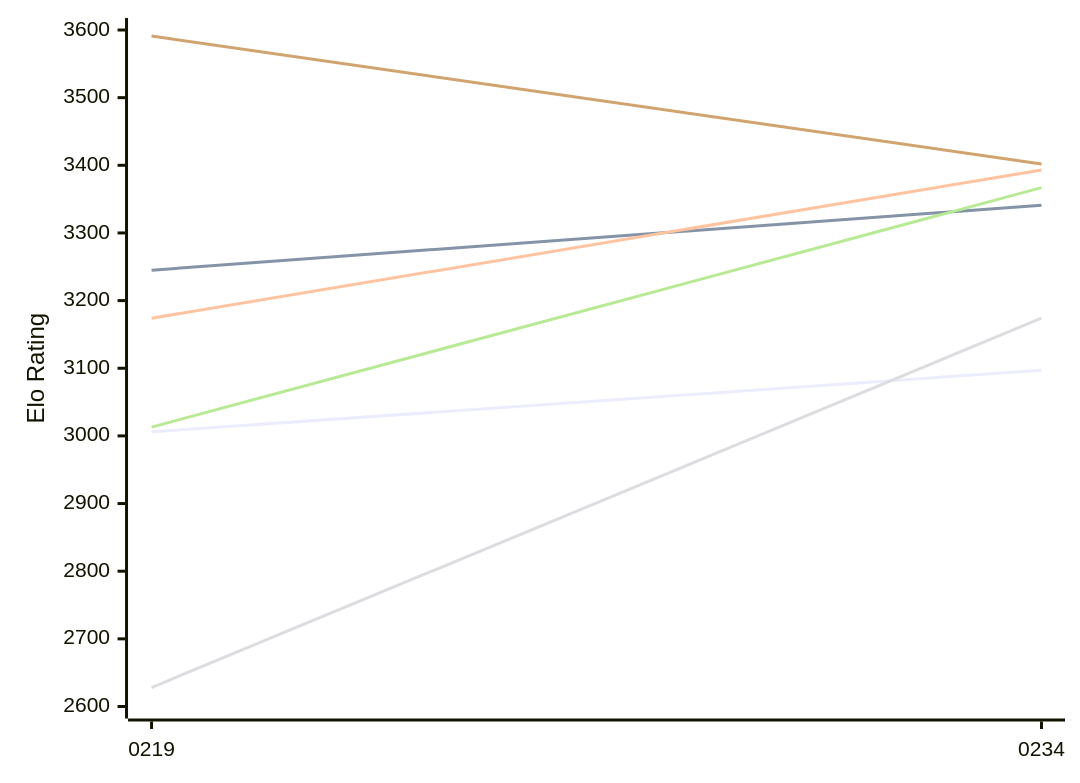
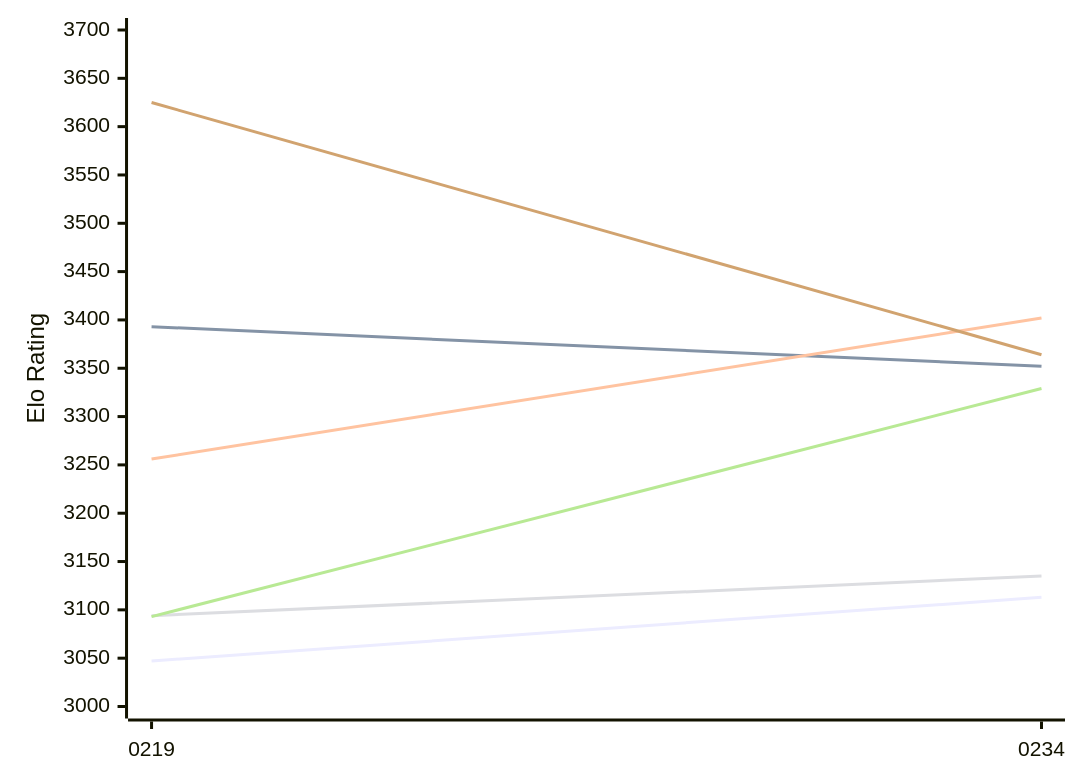
Before and after one commit to computer-chess-index/cci: the first of 2 diagrams in engines/Ynode.md, drawn with Mermaid. The commit also changed other lines of this file, not shown here.

Commit message:
Update CCI Ratings (ELO VLTC) - 2026-11-14

````diff
--- a/engines/Ynode.md
+++ b/engines/Ynode.md
@@ -50,12 +50,12 @@
 ```mermaid
 %%{init: {"theme":"base","themeVariables":{"seriesColors:['#a3a3a3','#222221','#faa371']}}}%%
 xychart-beta
   x-axis ["0219", "0234"]
-  y-axis "Elo Rating" 2600 --> 3600
-  line "E1: STC (8.0+0.08s)" [3006, 3097]
-  line "E1: LTC (60.0+0.60s)" [3245, 3341]
-  line "E1: VLTC (2m24s+1.12s)" [3174, 3393]
-  line "P1: STC (8.0+0.08s)" [2628, 3174]
-  line "P1: LTC (60.0+0.60s)" [3013, 3367]
-  line "P1: VLTC (2m24s+1.12s)" [3591, 3402]
+  y-axis "Elo Rating" 3000 --> 3700
+  line "E1: STC (8.0+0.08s)" [3047, 3113]
+  line "E1: LTC (60.0+0.60s)" [3393, 3352]
+  line "E1: VLTC (2m24s+1.12s)" [3256, 3402]
+  line "P1: STC (8.0+0.08s)" [3094, 3135]
+  line "P1: LTC (60.0+0.60s)" [3093, 3329]
+  line "P1: VLTC (2m24s+1.12s)" [3625, 3364]
 ```
````
